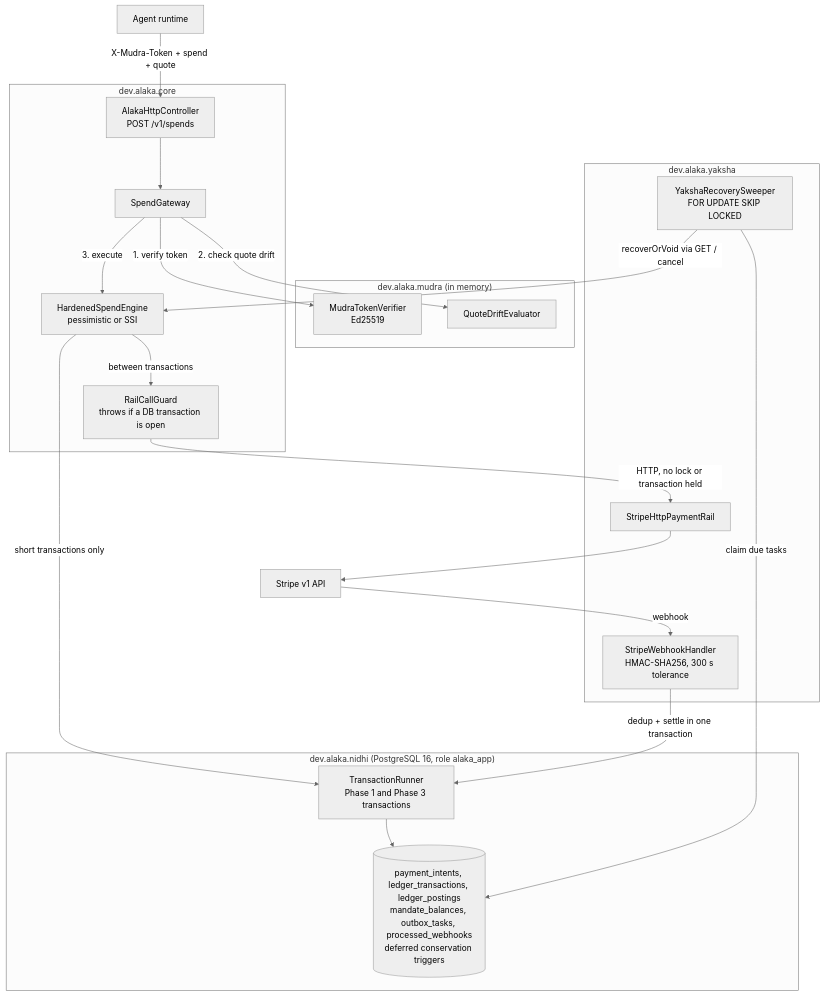
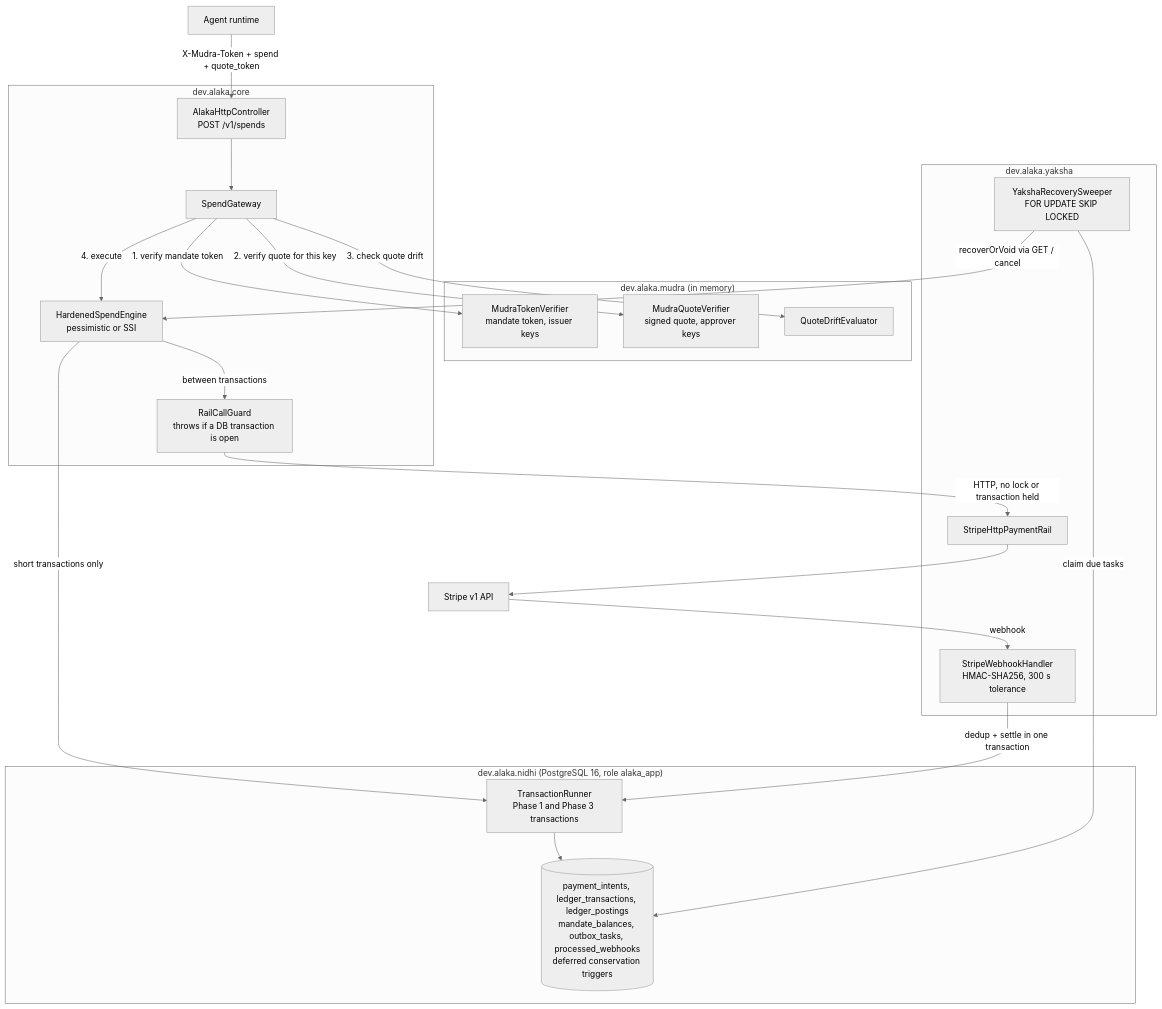
One commit to omni-ar/Alaka changed the first of 3 diagrams in README.md. Above: the diagram before and after it, drawn with Mermaid (neutral theme). The commit also changed other lines of this file and 22 other files, not shown here.

````diff
--- a/README.md
+++ b/README.md
@@ -98,44 +104,46 @@
 ```mermaid
 flowchart TB
     agent["Agent runtime"]
 
     subgraph CORE["dev.alaka.core"]
         http["AlakaHttpController<br/>POST /v1/spends"]
         gw["SpendGateway"]
         eng["HardenedSpendEngine<br/>pessimistic or SSI"]
         guard["RailCallGuard<br/>throws if a DB transaction is open"]
     end
 
     subgraph MUDRA["dev.alaka.mudra (in memory)"]
-        ver["MudraTokenVerifier<br/>Ed25519"]
+        ver["MudraTokenVerifier<br/>mandate token, issuer keys"]
+        qver["MudraQuoteVerifier<br/>signed quote, approver keys"]
         drift["QuoteDriftEvaluator"]
     end
 
     subgraph NIDHI["dev.alaka.nidhi (PostgreSQL 16, role alaka_app)"]
         tx["TransactionRunner<br/>Phase 1 and Phase 3 transactions"]
         db[("payment_intents, ledger_transactions, ledger_postings<br/>mandate_balances, outbox_tasks, processed_webhooks<br/>deferred conservation triggers")]
     end
 
     subgraph YAKSHA["dev.alaka.yaksha"]
         rail["StripeHttpPaymentRail"]
         hook["StripeWebhookHandler<br/>HMAC-SHA256, 300 s tolerance"]
         sweep["YakshaRecoverySweeper<br/>FOR UPDATE SKIP LOCKED"]
     end
 
     stripe["Stripe v1 API"]
 
-    agent -->|"X-Mudra-Token + spend + quote"| http
+    agent -->|"X-Mudra-Token + spend + quote_token"| http
     http --> gw
-    gw -->|"1. verify token"| ver
-    gw -->|"2. check quote drift"| drift
-    gw -->|"3. execute"| eng
+    gw -->|"1. verify mandate token"| ver
+    gw -->|"2. verify quote for this key"| qver
+    gw -->|"3. check quote drift"| drift
+    gw -->|"4. execute"| eng
     eng -->|"short transactions only"| tx
     tx --> db
     eng -->|"between transactions"| guard
     guard -->|"HTTP, no lock or transaction held"| rail
     rail --> stripe
     stripe -->|"webhook"| hook
     hook -->|"dedup + settle in one transaction"| tx
     sweep -->|"claim due tasks"| db
     sweep -->|"recoverOrVoid via GET / cancel"| eng
 ```
````
